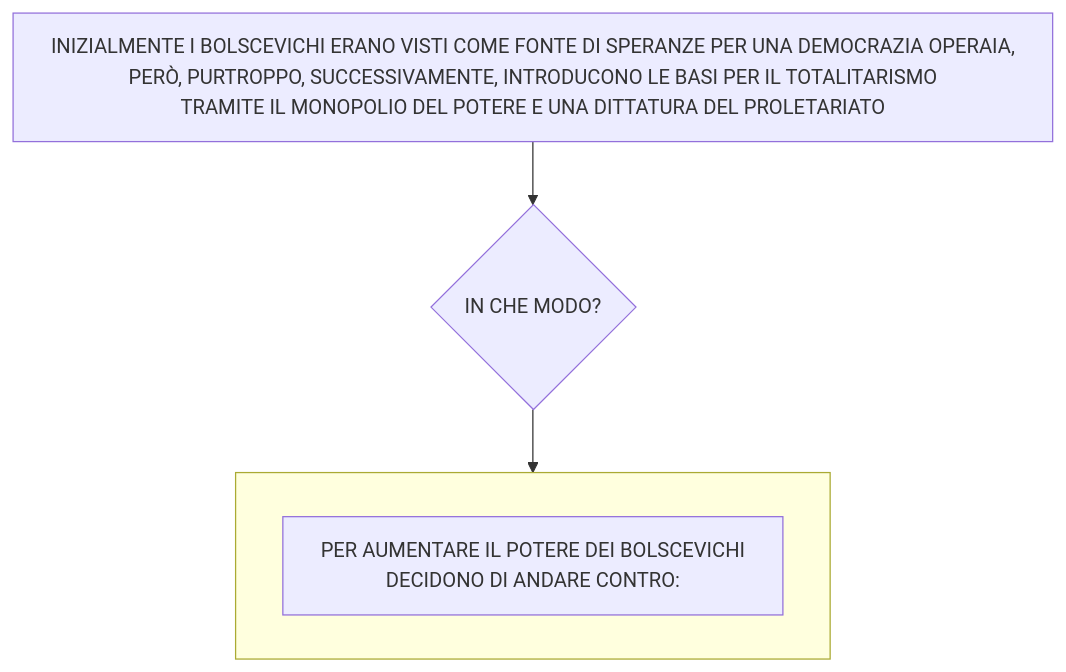
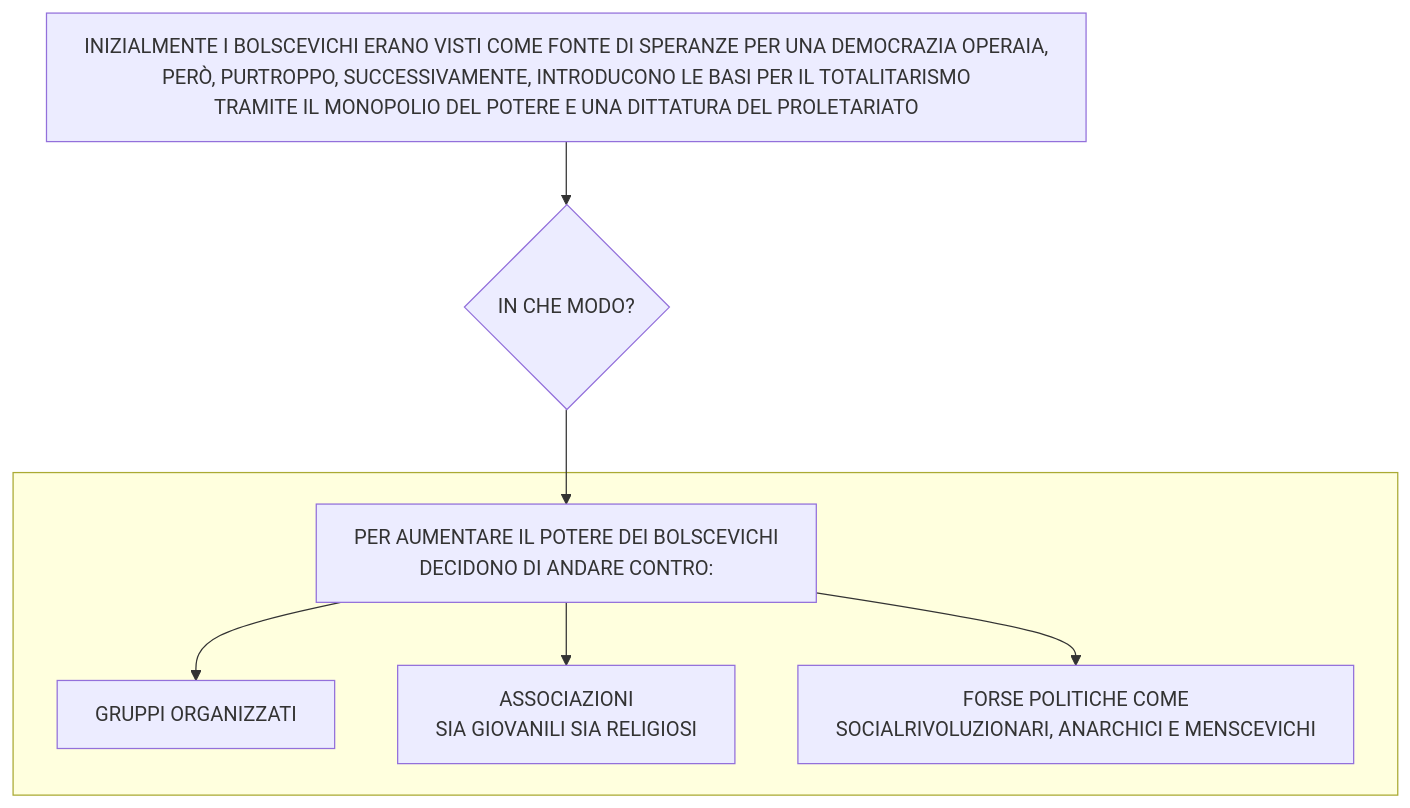
Diagram 14 of 14 in stalinismoRiscrittura.md (Laaouatni/ricerca-storia-MermaidJS), drawn with Mermaid before and after one commit.

````diff
--- a/stalinismoRiscrittura.md
+++ b/stalinismoRiscrittura.md
@@ -277,11 +277,14 @@
 ```mermaid
 %%{init: { "flowchart": { "wrappingWidth": 800 } }}%%
 flowchart TB
   0[INIZIALMENTE I BOLSCEVICHI ERANO VISTI COME FONTE DI SPERANZE PER UNA DEMOCRAZIA OPERAIA, <br>PERÒ, PURTROPPO, SUCCESSIVAMENTE, INTRODUCONO LE BASI PER IL TOTALITARISMO <br>TRAMITE IL MONOPOLIO DEL POTERE E UNA DITTATURA DEL PROLETARIATO]
   1{IN CHE MODO?}
-  0 --> 1 --> 2
+  0 --> 1 --> 20
   subgraph 2[" "]
     20[PER AUMENTARE IL POTERE DEI BOLSCEVICHI<BR>DECIDONO DI ANDARE CONTRO:]
-    
+    21[GRUPPI ORGANIZZATI]
+    22[ASSOCIAZIONI <br>SIA GIOVANILI SIA RELIGIOSI]
+    23[FORSE POLITICHE COME <br>SOCIALRIVOLUZIONARI, ANARCHICI E MENSCEVICHI]
+    20 --> 21 & 22 & 23
   end
 ```
````
